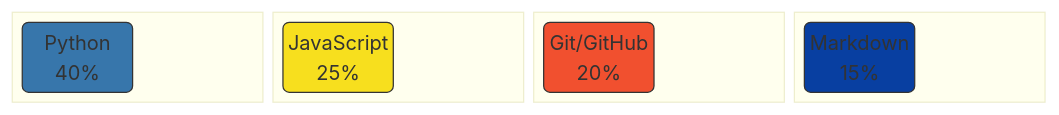
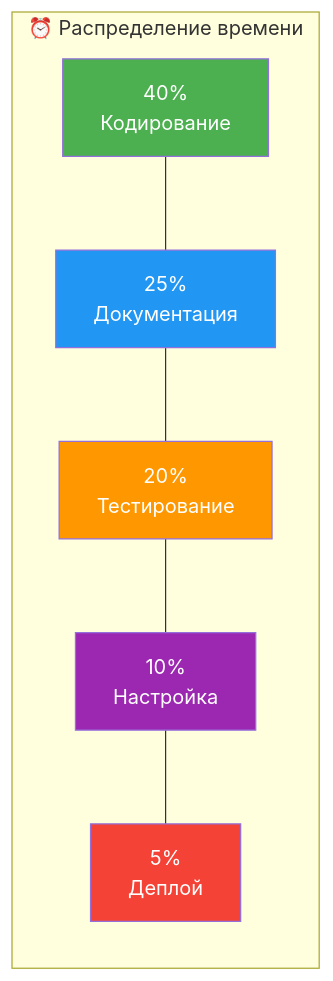
One commit to topichic/Helloworld changed the second of 2 diagrams in README.md. Above: the diagram before and after it, drawn with Mermaid. The commit also changed other lines of this file, not shown here.

````diff
--- a/README.md
+++ b/README.md
@@ -122,25 +138,16 @@
 ```mermaid
-block-beta
-columns 4
-    block:1
-        Python("Python<br/>40%")
-        space
-    end
-    block:2
-        JavaScript("JavaScript<br/>25%")
-        space
-    end
-    block:3
-        Git("Git/GitHub<br/>20%")
-        space
-    end
-    block:4
-        Markdown("Markdown<br/>15%")
-        space
+graph LR
+    subgraph "⏰ Распределение времени"
+        A["40%<br/>Кодирование"] --- 
+        B["25%<br/>Документация"] --- 
+        C["20%<br/>Тестирование"] --- 
+        D["10%<br/>Настройка"] --- 
+        E["5%<br/>Деплой"]
     end
     
-    style Python fill:#3776AB,color:#fff,stroke:#333
-    style JavaScript fill:#F7DF1E,color:#000,stroke:#333
-    style Git fill:#F1502F,color:#fff,stroke:#333
-    style Markdown fill:#083FA1,color:#fff,stroke:#333
+    style A fill:#4CAF50,color:#fff
+    style B fill:#2196F3,color:#fff
+    style C fill:#FF9800,color:#fff
+    style D fill:#9C27B0,color:#fff
+    style E fill:#F44336,color:#fff
 ```
````
